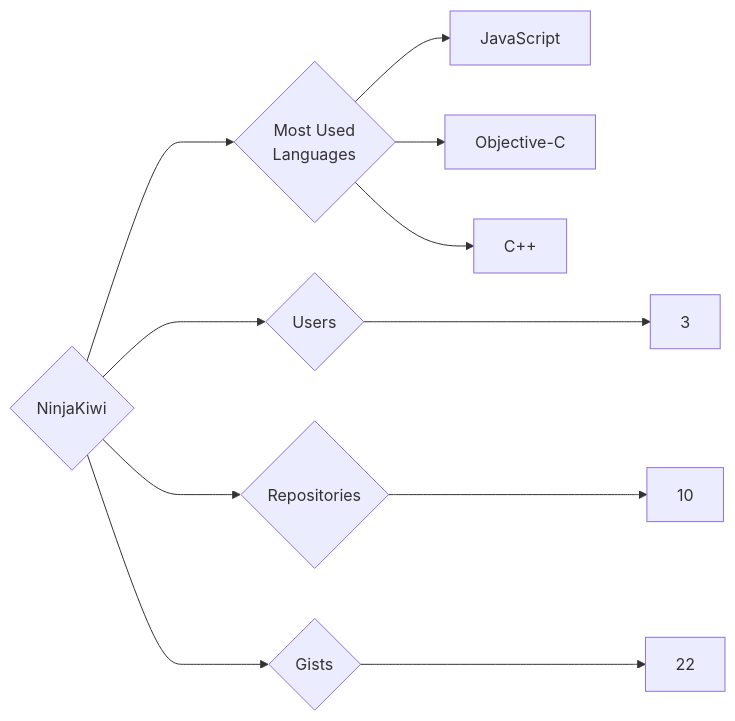
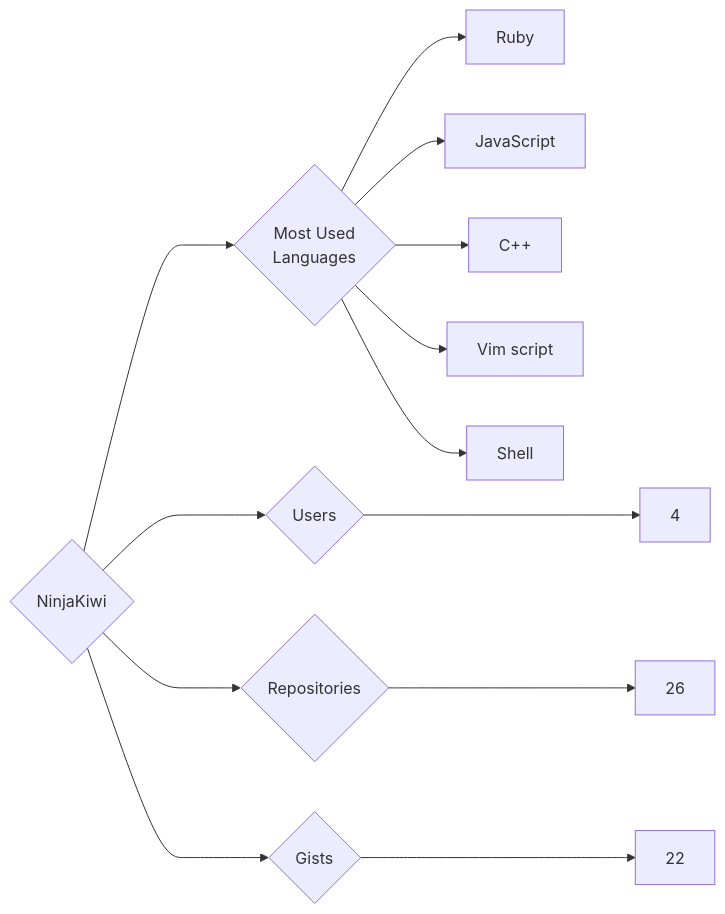
The diagram in targets/NinjaKiwi/README.md (trickest/insiders), drawn with Mermaid before and after one commit. The commit also changed 948 other files, not shown here.

````diff
--- a/targets/NinjaKiwi/README.md
+++ b/targets/NinjaKiwi/README.md
@@ -3,11 +3,13 @@
 ```mermaid
 graph LR
 COMPANY_NAME{NinjaKiwi}
-COMPANY_NAME ---> U{Users} ---> UN[3]
-COMPANY_NAME ---> R{Repositories} ---> RN[10]
+COMPANY_NAME ---> U{Users} ---> UN[4]
+COMPANY_NAME ---> R{Repositories} ---> RN[26]
 COMPANY_NAME ---> G{Gists} ---> GN[22]
 COMPANY_NAME ---> ML{Most Used<br>Languages}
+ML --> Ruby[Ruby]
 ML --> JavaScript[JavaScript]
-ML --> Objective-C[Objective-C]
 ML --> C++[C++]
+ML --> Vim_script[Vim script]
+ML --> Shell[Shell]
 ```
````
